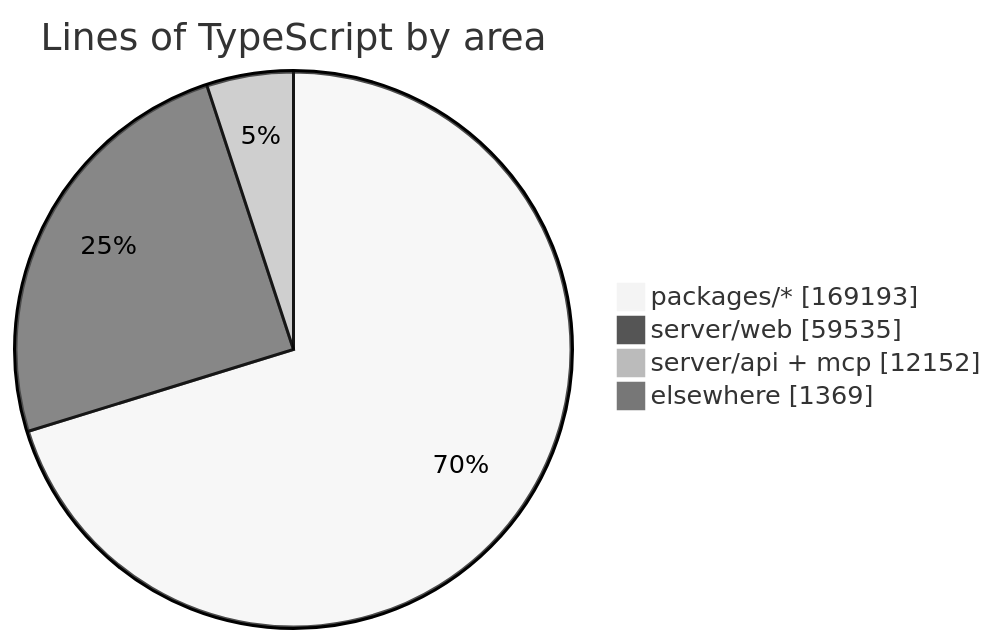
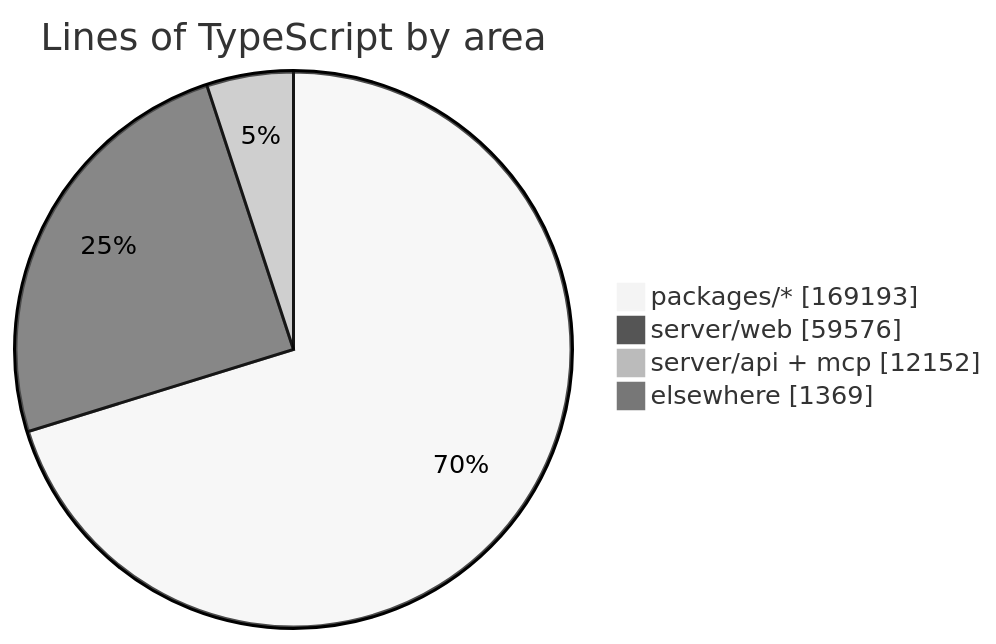
The diagram in README.md (crossworks-engineering/mantle), drawn with Mermaid (neutral theme) before and after one commit. The commit also changed other lines of this file and 2 other files, not shown here.

````diff
--- a/README.md
+++ b/README.md
@@ -279,7 +279,7 @@
 ```mermaid
 pie showData title Lines of TypeScript by area
     "packages/*" : 169193
-    "server/web" : 59535
+    "server/web" : 59576
     "server/api + mcp" : 12152
     "elsewhere" : 1369
 ```
````
